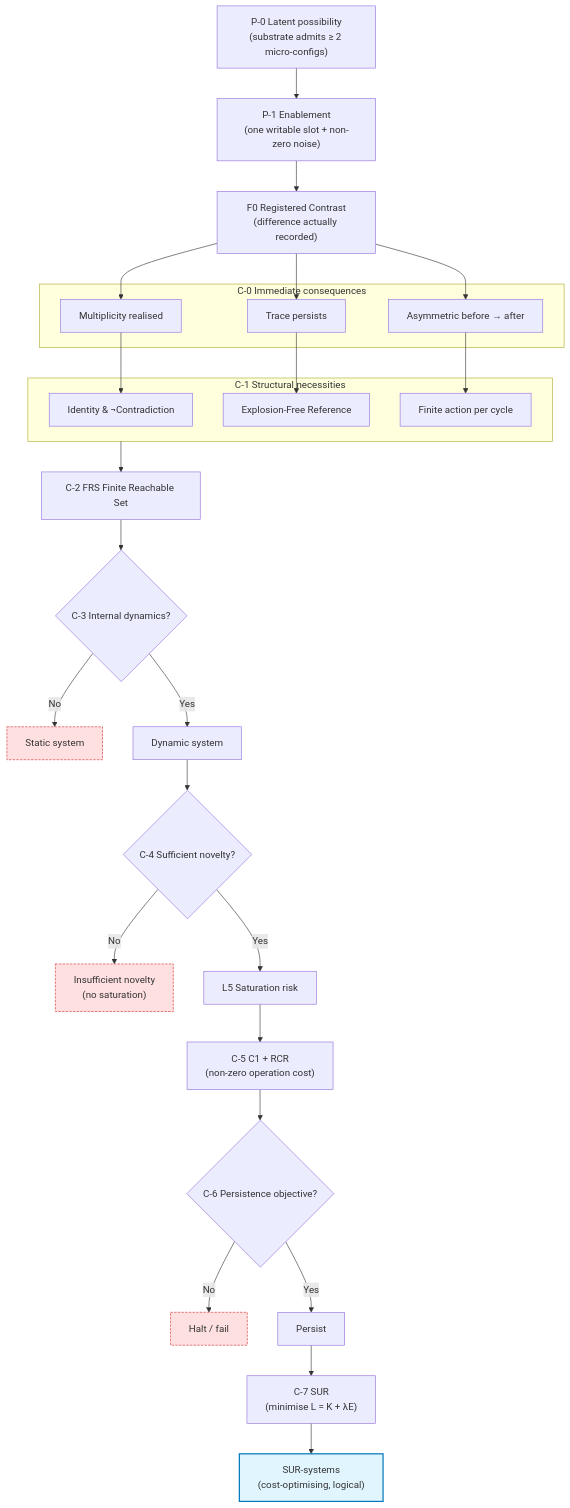
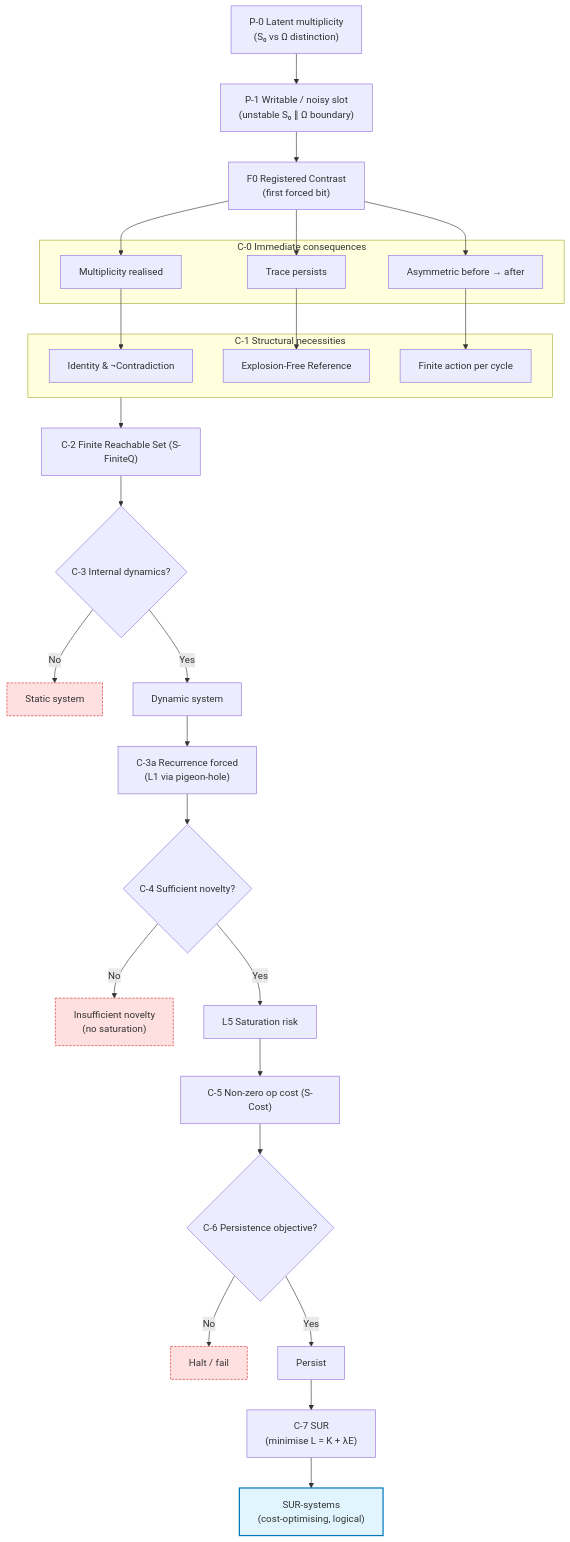
The diagram in Flowchart.mmd (jconorgrogan/Informational-Constructivism), drawn with Mermaid before and after one commit.

```diff
--- a/Flowchart.mmd
+++ b/Flowchart.mmd
@@ -1,75 +1,79 @@
 flowchart TD
-    %% ───────── PRE-EVENT LAYERS ─────────
-    P0["P-0 Latent possibility<br/>(substrate admits ≥ 2 micro-configs)"]
-    P1["P-1 Enablement<br/>(one writable slot + non-zero noise)"]
+    %% ───────── PRE-INTERFACE LAYERS ─────────
+    P0["P-0 Latent multiplicity<br/>(S₀ vs Ω distinction)"]
+    P1["P-1 Writable / noisy slot<br/>(unstable S₀ ∥ Ω boundary)"]
     P0 --> P1
 
     %% ───────── EVENT ─────────
-    F0["F0 Registered Contrast<br/>(difference actually recorded)"]
+    F0["F0 Registered Contrast<br/>(first forced bit)"]
     P1 --> F0
 
     %% ───────── IMMEDIATE CONSEQUENCES ─────────
     subgraph C0["C-0 Immediate consequences"]
         C0_1["Multiplicity realised"]
         C0_2["Trace persists"]
         C0_3["Asymmetric before → after"]
     end
     F0 --> C0_1
     F0 --> C0_2
     F0 --> C0_3
 
     %% ───────── STRUCTURAL NECESSITIES ─────────
     subgraph C1["C-1 Structural necessities"]
-        L1["Identity & ¬Contradiction"]
+        L1stub["Identity & ¬Contradiction"]
         EFR["Explosion-Free Reference"]
         FA["Finite action per cycle"]
     end
-    C0_1 --> L1
+    C0_1 --> L1stub
     C0_2 --> EFR
     C0_3 --> FA
 
     %% ───────── FINITE REACHABLE SET ─────────
-    FRS["C-2 FRS Finite Reachable Set"]
+    FRS["C-2 Finite Reachable Set (S-FiniteQ)"]
     C1 --> FRS
 
     %% ───────── DYNAMICS BRANCH ─────────
     DYN{"C-3 Internal dynamics?"}
     FRS --> DYN
     STAT["Static system"]
     DYNyes["Dynamic system"]
     DYN -- No --> STAT
     DYN -- Yes --> DYNyes
 
+    %% ───────── RECURRENCE (L1 realisation) ─────────
+    REC["C-3a Recurrence forced<br/>(L1 via pigeon-hole)"]
+    DYNyes --> REC
+
     %% ───────── NOVELTY BRANCH ─────────
     NOVEL{"C-4 Sufficient novelty?"}
-    DYNyes --> NOVEL
+    REC --> NOVEL
     LOWNOV["Insufficient novelty<br/>(no saturation)"]
     SATRISK["L5 Saturation risk"]
     NOVEL -- No --> LOWNOV
     NOVEL -- Yes --> SATRISK
 
     %% ───────── COST NECESSITY ─────────
-    COST["C-5 C1 + RCR<br/>(non-zero operation cost)"]
+    COST["C-5 Non-zero op cost (S-Cost)"]
     SATRISK --> COST
 
     %% ───────── PERSISTENCE BRANCH ─────────
     PERS{"C-6 Persistence objective?"}
     COST --> PERS
     HALT["Halt / fail"]
     YESPO["Persist"]
     PERS -- No --> HALT
     PERS -- Yes --> YESPO
 
     %% ───────── SUR OPTIMISATION ─────────
     SUR["C-7 SUR<br/>(minimise L = K + λE)"]
     YESPO --> SUR
 
     %% ───────── FINAL CLASS ─────────
     FINAL["SUR-systems<br/>(cost-optimising, logical)"]
     SUR --> FINAL
 
     %% Styling
     classDef final fill:#e1f5fe,stroke:#0277bd,stroke-width:2px;
     classDef dead  fill:#ffe0e0,stroke:#d32f2f,stroke-width:1px,stroke-dasharray:4 2;
     class FINAL final
     class HALT,LOWNOV,STAT dead
```
